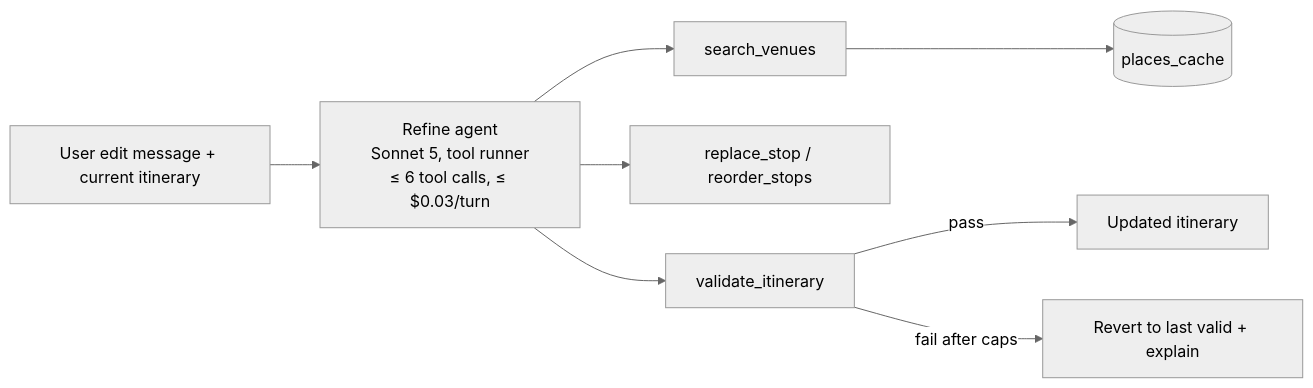
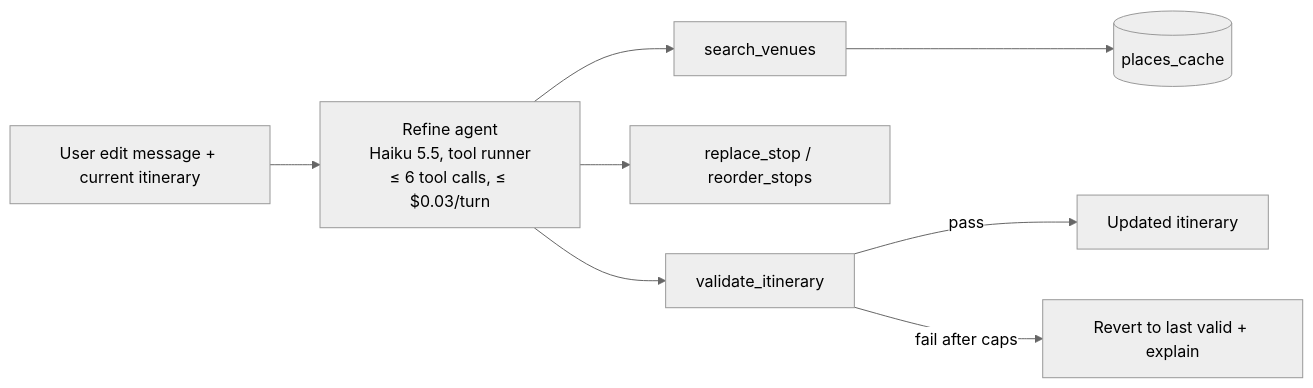
One commit to EvaUnit09/NightCap changed the second of 2 diagrams in docs/architecture.md. Above: the diagram before and after it, drawn with Mermaid (neutral theme). The commit also changed other lines of this file and 15 other files, not shown here.

````diff
--- a/docs/architecture.md
+++ b/docs/architecture.md
@@ -29,10 +29,10 @@
 ```mermaid
 flowchart LR
-    M[User edit message + current itinerary] --> A[Refine agent<br/>Sonnet 5, tool runner<br/>≤ 6 tool calls, ≤ $0.03/turn]
+    M[User edit message + current itinerary] --> A[Refine agent<br/>Haiku 5.5, tool runner<br/>≤ 6 tool calls, ≤ $0.03/turn]
     A --> T1[search_venues]
     A --> T2[replace_stop / reorder_stops]
     A --> T3[validate_itinerary]
     T1 --> C[(places_cache)]
     T3 -->|pass| OUT[Updated itinerary]
     T3 -->|fail after caps| REV[Revert to last valid + explain]
 ```
````
